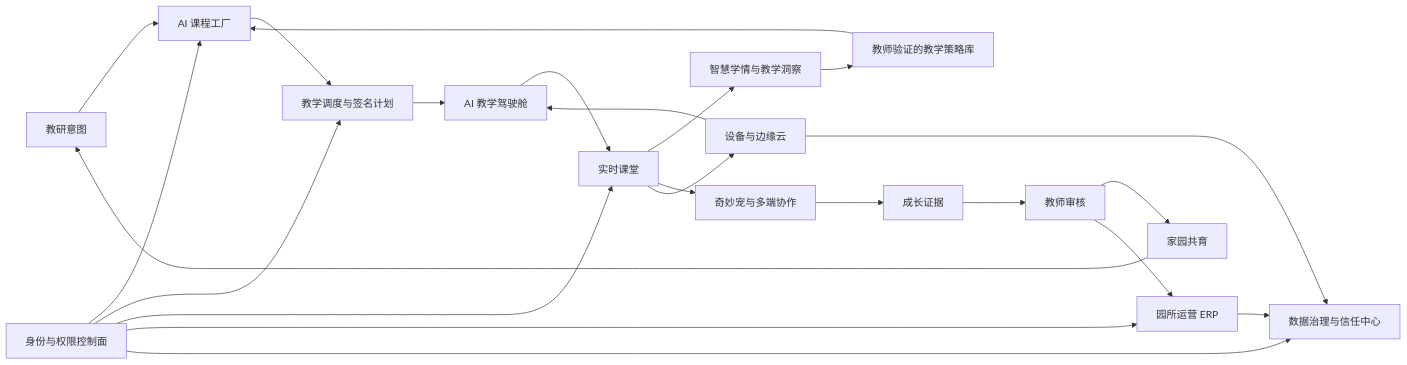
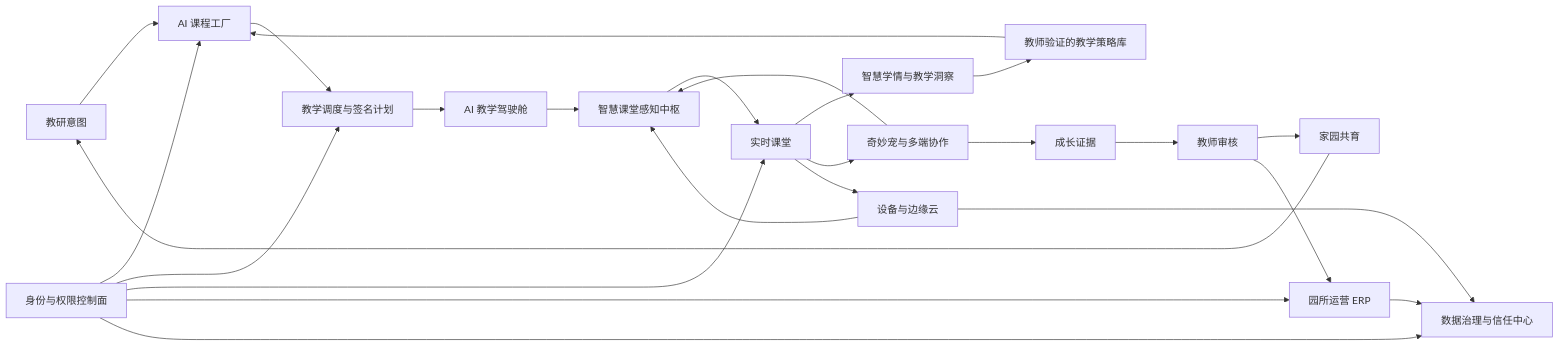
Before and after one commit to LinuxZhou93/ai-playground: the first of 2 diagrams in docs/xmp/XMP_PRODUCT_DOSSIER.md, drawn with Mermaid. The commit also changed other lines of this file and 23 other files, not shown here.

````diff
--- a/docs/xmp/XMP_PRODUCT_DOSSIER.md
+++ b/docs/xmp/XMP_PRODUCT_DOSSIER.md
@@ -26,25 +26,27 @@
 ```mermaid
 flowchart LR
   A["教研意图"] --> B["AI 课程工厂"]
   B --> S["教学调度与签名计划"]
   S --> T["AI 教学驾驶舱"]
-  T --> C["实时课堂"]
+  T --> O["智慧课堂感知中枢"]
+  O --> C["实时课堂"]
   C --> L["智慧学情与教学洞察"]
   L --> R["教师验证的教学策略库"]
   R --> B
   C --> D["奇妙宠与多端协作"]
+  D --> O
   D --> E["成长证据"]
   E --> F["教师审核"]
   F --> G["家园共育"]
   G --> A
   C --> H["设备与边缘云"]
-  H --> T
+  H --> O
   F --> I["园所运营 ERP"]
   K["身份与权限控制面"] --> B
   K --> S
   K --> C
   K --> I
   K --> J
   H --> J["数据治理与信任中心"]
   I --> J
 ```
````
